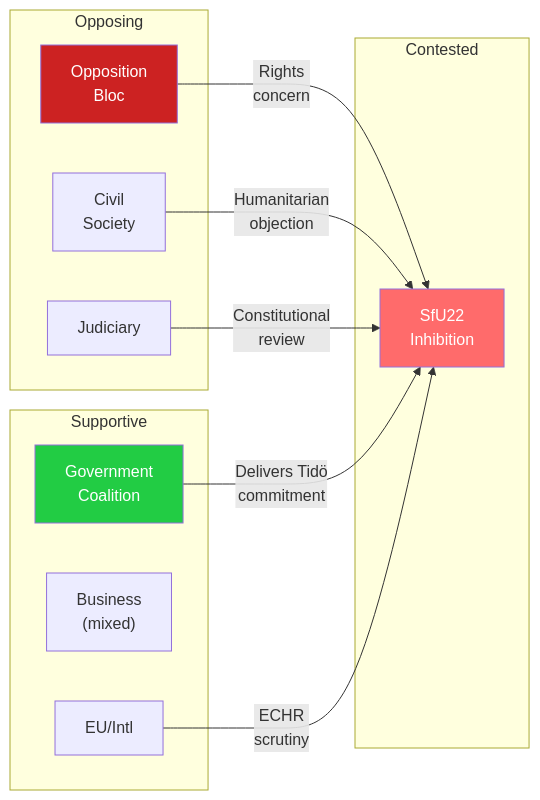
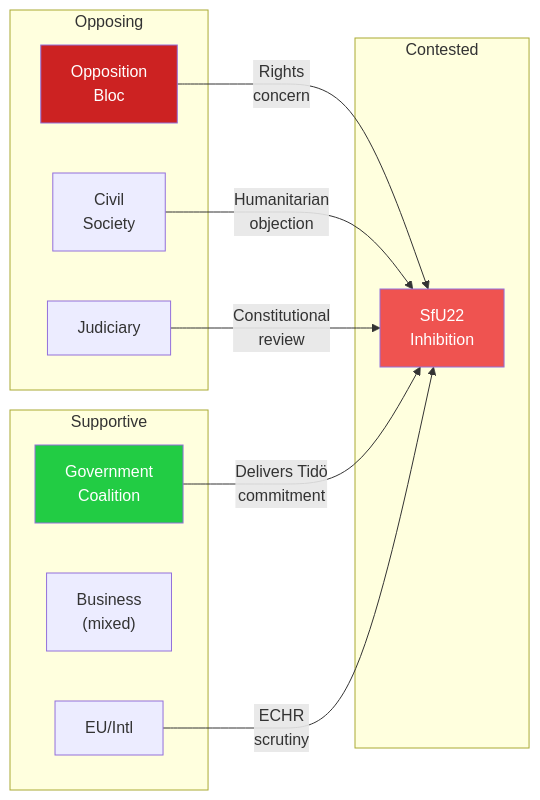
Before and after one commit to Hack23/riksdagsmonitor: the diagram in analysis/daily/2026-04-16/committeeReports/stakeholder-perspectives.md, drawn with Mermaid. The commit also changed 785 other files, not shown here.

First line of the commit message:
Normalize mermaid colors across 786 analysis artifacts to ISMS Style Guide palette

````diff
--- a/analysis/daily/2026-04-16/committeeReports/stakeholder-perspectives.md
+++ b/analysis/daily/2026-04-16/committeeReports/stakeholder-perspectives.md
@@ -67,24 +67,24 @@
 ```mermaid
 graph LR
     subgraph Pro["Supportive"]
-        style GovCoal fill:#22cc44,color:#fff
+        style GovCoal fill:#22cc44,color:#FFFFFF
         GovCoal["Government\nCoalition"]
         Biz["Business\n(mixed)"]
         EU["EU/Intl"]
     end
     subgraph Contested["Contested"]
-        style SfU22_node fill:#ff6b6b,color:#fff
+        style SfU22_node fill:#EF5350,color:#FFFFFF
         SfU22_node["SfU22\nInhibition"]
     end
     subgraph Against["Opposing"]
-        style Opp fill:#cc2222,color:#fff
+        style Opp fill:#cc2222,color:#FFFFFF
         Opp["Opposition\nBloc"]
         CivSoc["Civil\nSociety"]
         Jud["Judiciary"]
     end
     GovCoal -->|"Delivers Tidö\ncommitment"| SfU22_node
     Opp -->|"Rights\nconcern"| SfU22_node
     CivSoc -->|"Humanitarian\nobjection"| SfU22_node
     Jud -->|"Constitutional\nreview"| SfU22_node
     EU -->|"ECHR\nscrutiny"| SfU22_node
 ```
````
